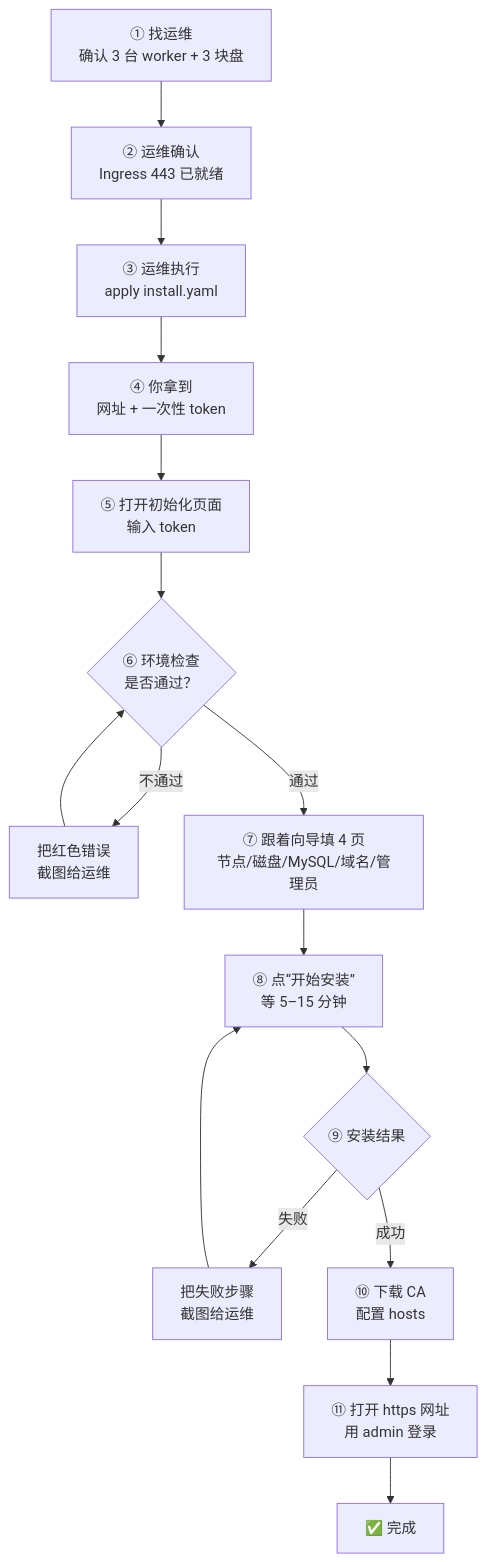
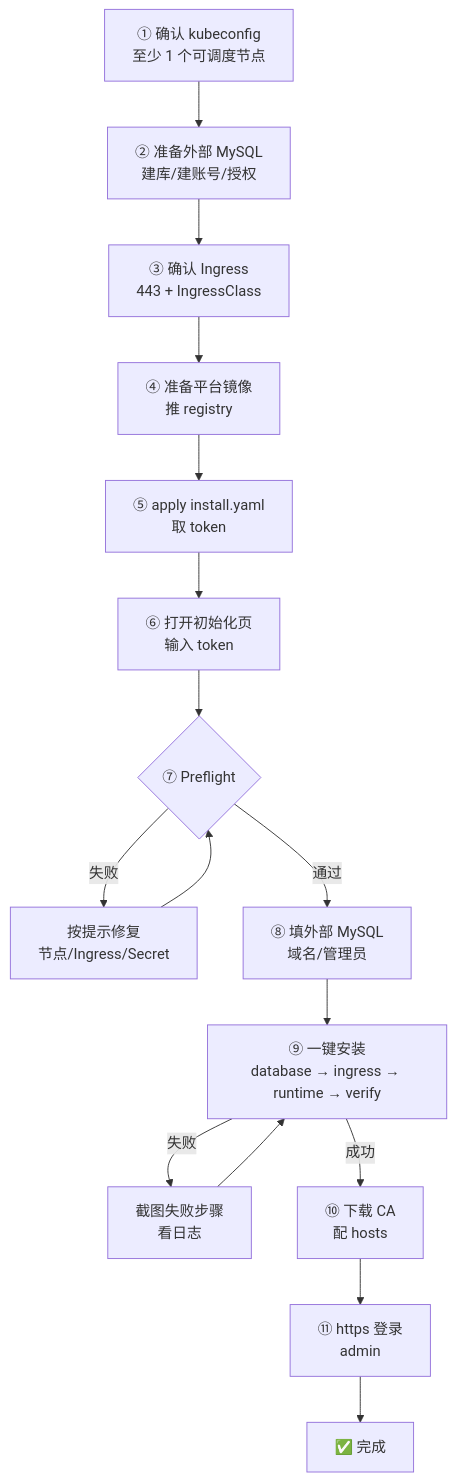
The first of 3 diagrams in docs/deployment/install-beginner.md (todaysu/k8s-platform), drawn with Mermaid before and after one commit. The commit also changed other lines of this file and 17 other files, not shown here.

````diff
--- a/docs/deployment/install-beginner.md
+++ b/docs/deployment/install-beginner.md
@@ -46,18 +39,18 @@
 ```mermaid
 flowchart TD
-    A["① 找运维<br/>确认 3 台 worker + 3 块盘"] --> B["② 运维确认<br/>Ingress 443 已就绪"]
-    B --> C["③ 运维执行<br/>apply install.yaml"]
-    C --> D["④ 你拿到<br/>网址 + 一次性 token"]
-    D --> E["⑤ 打开初始化页面<br/>输入 token"]
-    E --> F{"⑥ 环境检查<br/>是否通过？"}
-    F -->|不通过| F1["把红色错误<br/>截图给运维"]
-    F1 --> F
-    F -->|通过| G["⑦ 跟着向导填 4 页<br/>节点/磁盘/MySQL/域名/管理员"]
-    G --> H["⑧ 点“开始安装”<br/>等 5–15 分钟"]
-    H --> I{"⑨ 安装结果"}
-    I -->|失败| I1["把失败步骤<br/>截图给运维"]
-    I1 --> H
-    I -->|成功| J["⑩ 下载 CA<br/>配置 hosts"]
-    J --> K["⑪ 打开 https 网址<br/>用 admin 登录"]
+    A["① 确认 kubeconfig<br/>至少 1 个可调度节点"] --> B["② 准备外部 MySQL<br/>建库/建账号/授权"]
+    B --> C["③ 确认 Ingress<br/>443 + IngressClass"]
+    C --> D["④ 准备平台镜像<br/>推 registry"]
+    D --> E["⑤ apply install.yaml<br/>取 token"]
+    E --> F["⑥ 打开初始化页<br/>输入 token"]
+    F --> G{"⑦ Preflight"}
+    G -->|失败| G1["按提示修复<br/>节点/Ingress/Secret"]
+    G1 --> G
+    G -->|通过| H["⑧ 填外部 MySQL<br/>域名/管理员"]
+    H --> I["⑨ 一键安装<br/>database → ingress → runtime → verify"]
+    I -->|失败| I1["截图失败步骤<br/>看日志"]
+    I1 --> I
+    I -->|成功| J["⑩ 下载 CA<br/>配 hosts"]
+    J --> K["⑪ https 登录<br/>admin"]
     K --> L["✅ 完成"]
 ```
````
